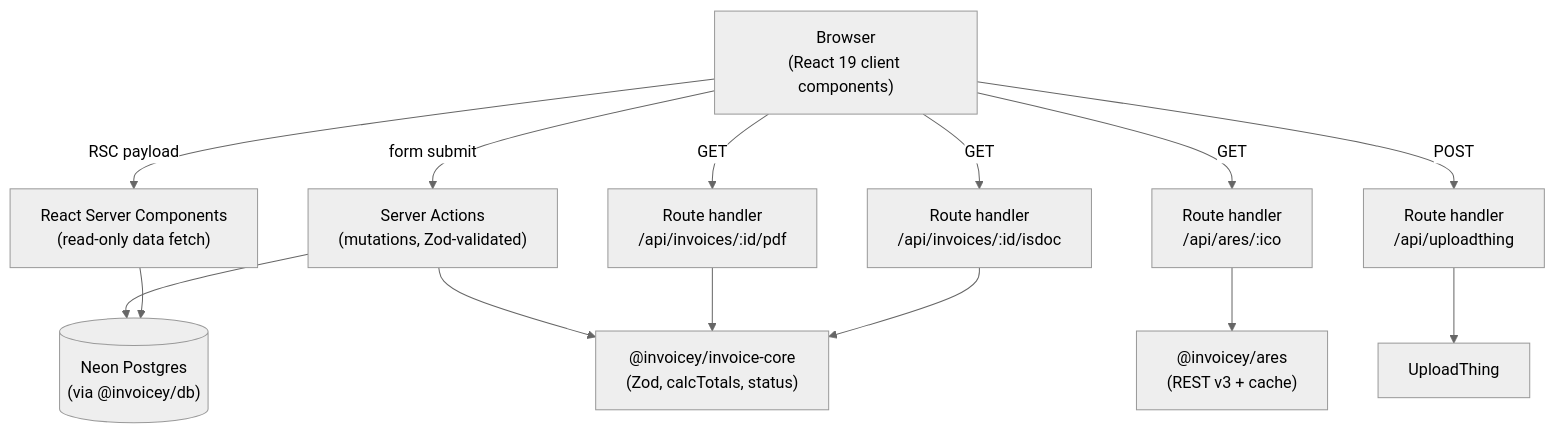
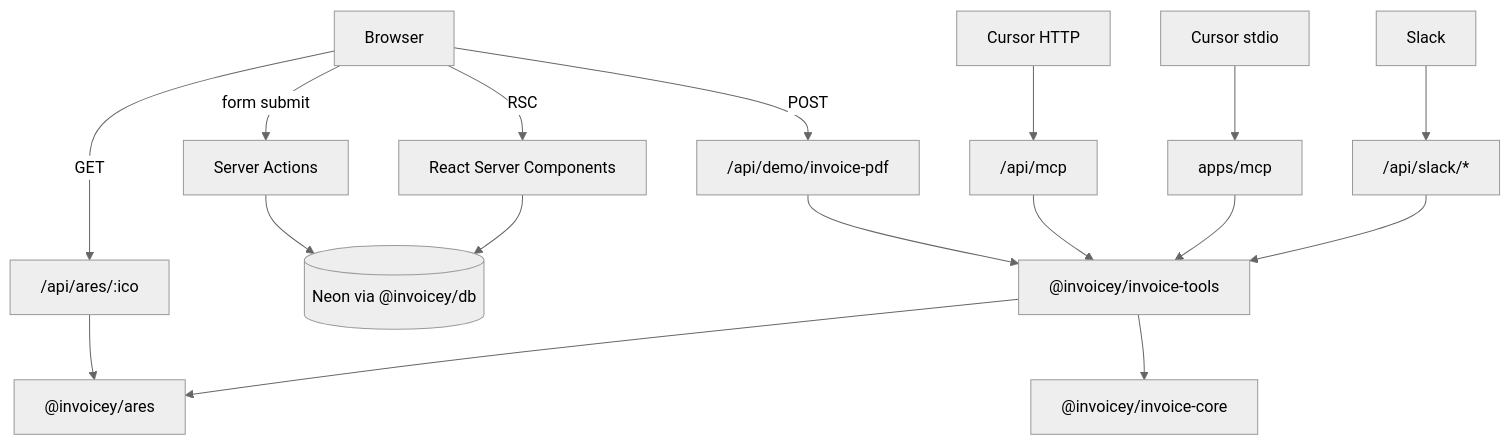
Before and after one commit to filipditrich/inveoiceyai: the first of 4 diagrams in docs/architecture.md, drawn with Mermaid (neutral theme). The commit also changed other lines of this file and 10 other files, not shown here.

First line of the commit message:
docs(docs): align README and living docs with MCP and tools layout

````diff
--- a/docs/architecture.md
+++ b/docs/architecture.md
@@ -64,17 +68,20 @@
 ```mermaid
 flowchart TD
-    Browser["Browser<br/>(React 19 client components)"] -->|RSC payload| RSC["React Server Components<br/>(read-only data fetch)"]
-    Browser -->|form submit| SA["Server Actions<br/>(mutations, Zod-validated)"]
-    Browser -->|GET| RH_PDF["Route handler<br/>/api/invoices/:id/pdf"]
-    Browser -->|GET| RH_ISDOC["Route handler<br/>/api/invoices/:id/isdoc"]
-    Browser -->|GET| RH_ARES["Route handler<br/>/api/ares/:ico"]
-    Browser -->|POST| RH_UT["Route handler<br/>/api/uploadthing"]
+    Browser["Browser"] -->|RSC| RSC["React Server Components"]
+    Browser -->|form submit| SA["Server Actions"]
+    Browser -->|GET| RH_ARES["/api/ares/:ico"]
+    Browser -->|POST| RH_Demo["/api/demo/invoice-pdf"]
+    CursorLocal["Cursor stdio"] --> McpApp["apps/mcp"]
+    CursorRemote["Cursor HTTP"] --> RH_Mcp["/api/mcp"]
+    SlackAPI["Slack"] --> RH_Slack["/api/slack/*"]
 
-    SA --> Core["@invoicey/invoice-core<br/>(Zod, calcTotals, status)"]
-    SA --> DB[("Neon Postgres<br/>(via @invoicey/db)")]
+    SA --> DB[("Neon via @invoicey/db")]
     RSC --> DB
-    RH_PDF --> Core
-    RH_ISDOC --> Core
-    RH_ARES --> Ares["@invoicey/ares<br/>(REST v3 + cache)"]
-    RH_UT --> UT["UploadThing"]
+    RH_ARES --> Ares["@invoicey/ares"]
+    RH_Demo --> Tools["@invoicey/invoice-tools"]
+    RH_Mcp --> Tools
+    McpApp --> Tools
+    RH_Slack --> Tools
+    Tools --> Core["@invoicey/invoice-core"]
+    Tools --> Ares
 ```
````
